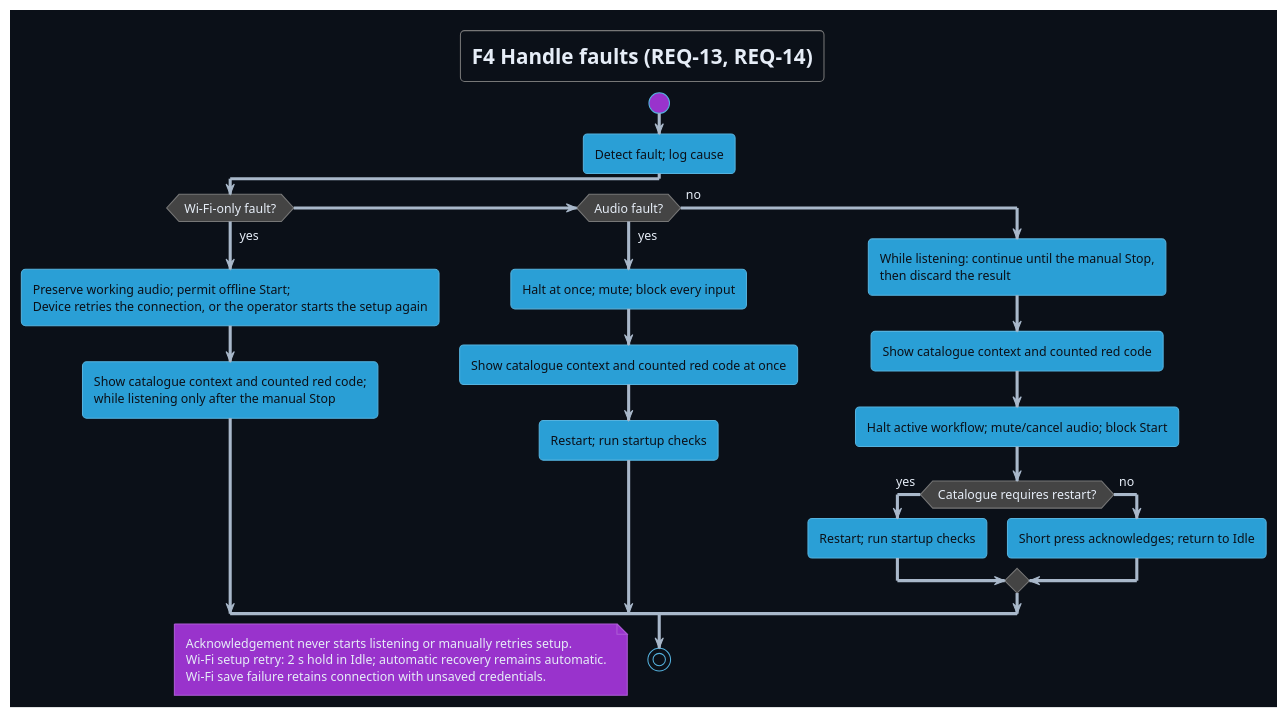
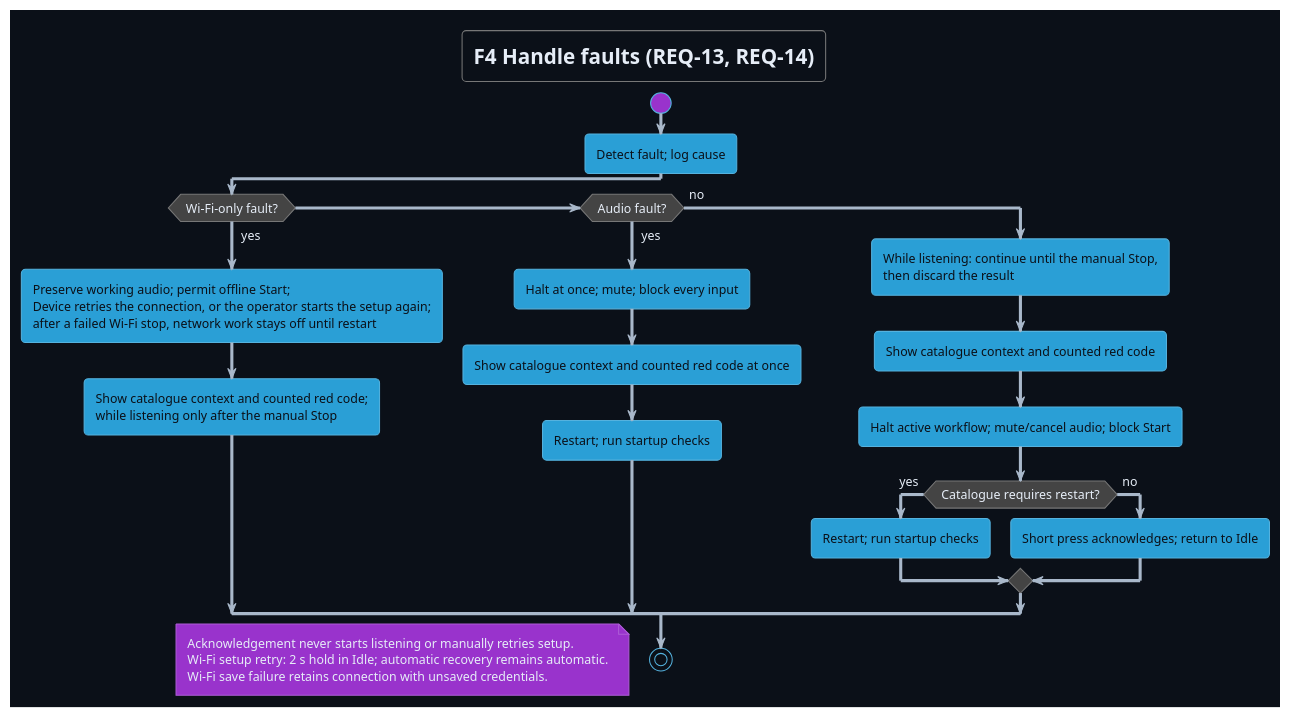
One commit to DemonicPsychoII/DigitalStethoscope changed the diagram in Development/system/requirements/use-cases/uc-04-faults.puml. Above: the diagram before and after it, drawn with PlantUML. The commit also changed 4 other files, not shown here.

```diff
--- a/Development/system/requirements/use-cases/uc-04-faults.puml
+++ b/Development/system/requirements/use-cases/uc-04-faults.puml
@@ -1,38 +1,38 @@
 @startuml uc_04_faults
 !theme cyborg
 skinparam shadowing false
 skinparam defaultFontName SansSerif
 skinparam backgroundColor #0b1018
 skinparam defaultFontColor #e6edf7
 skinparam ArrowColor #a9b8ca
 skinparam activity {
  FontColor #0b1018
  DiamondFontColor #e6edf7
 }
 title F4 Handle faults (REQ-13, REQ-14)
 start
 :Detect fault; log cause;
 if (Wi-Fi-only fault?) then (yes)
- :Preserve working audio; permit offline Start;\nDevice retries the connection, or the operator starts the setup again;
+ :Preserve working audio; permit offline Start;\nDevice retries the connection, or the operator starts the setup again;\nafter a failed Wi-Fi stop, network work stays off until restart;
  :Show catalogue context and counted red code;\nwhile listening only after the manual Stop;
 elseif (Audio fault?) then (yes)
  :Halt at once; mute; block every input;
  :Show catalogue context and counted red code at once;
  :Restart; run startup checks;
 else (no)
  :While listening: continue until the manual Stop,\nthen discard the result;
  :Show catalogue context and counted red code;
  :Halt active workflow; mute/cancel audio; block Start;
  if (Catalogue requires restart?) then (yes)
   :Restart; run startup checks;
  else (no)
   :Short press acknowledges; return to Idle;
  endif
 endif
 stop
 floating note
  Acknowledgement never starts listening or manually retries setup.
  Wi-Fi setup retry: 2 s hold in Idle; automatic recovery remains automatic.
  Wi-Fi save failure retains connection with unsaved credentials.
 end note
 @enduml
```
